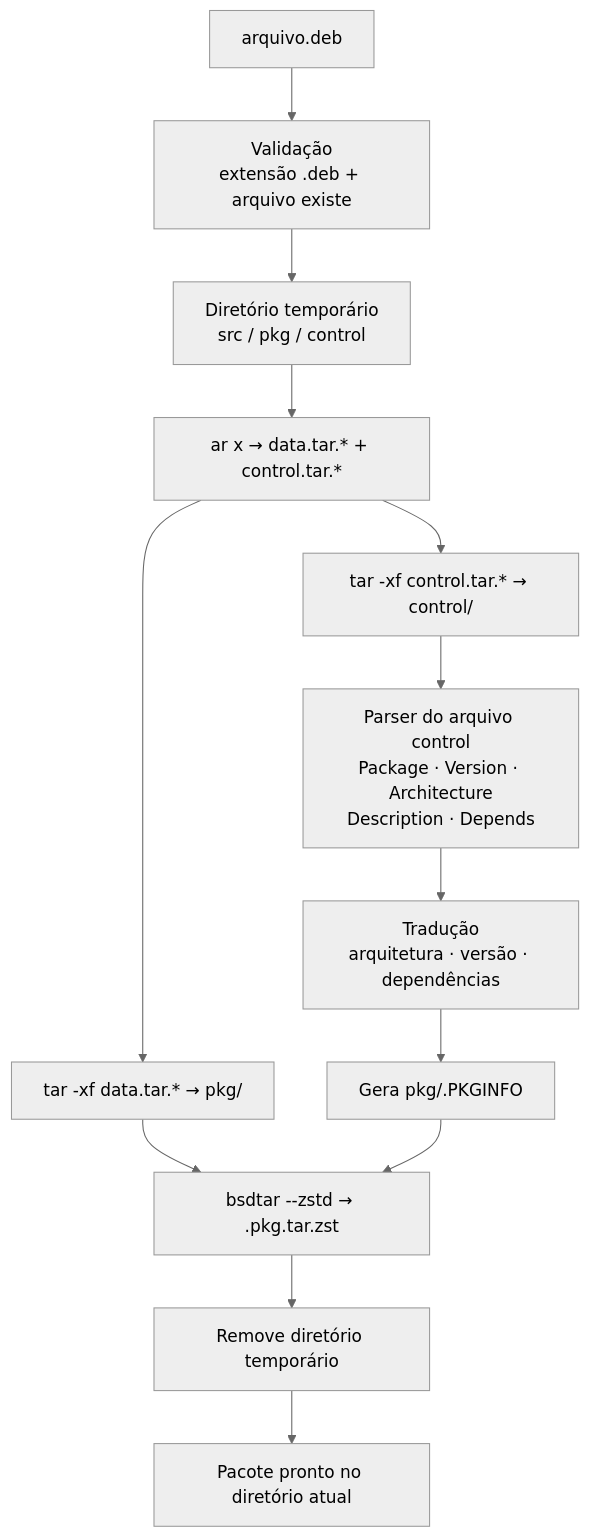
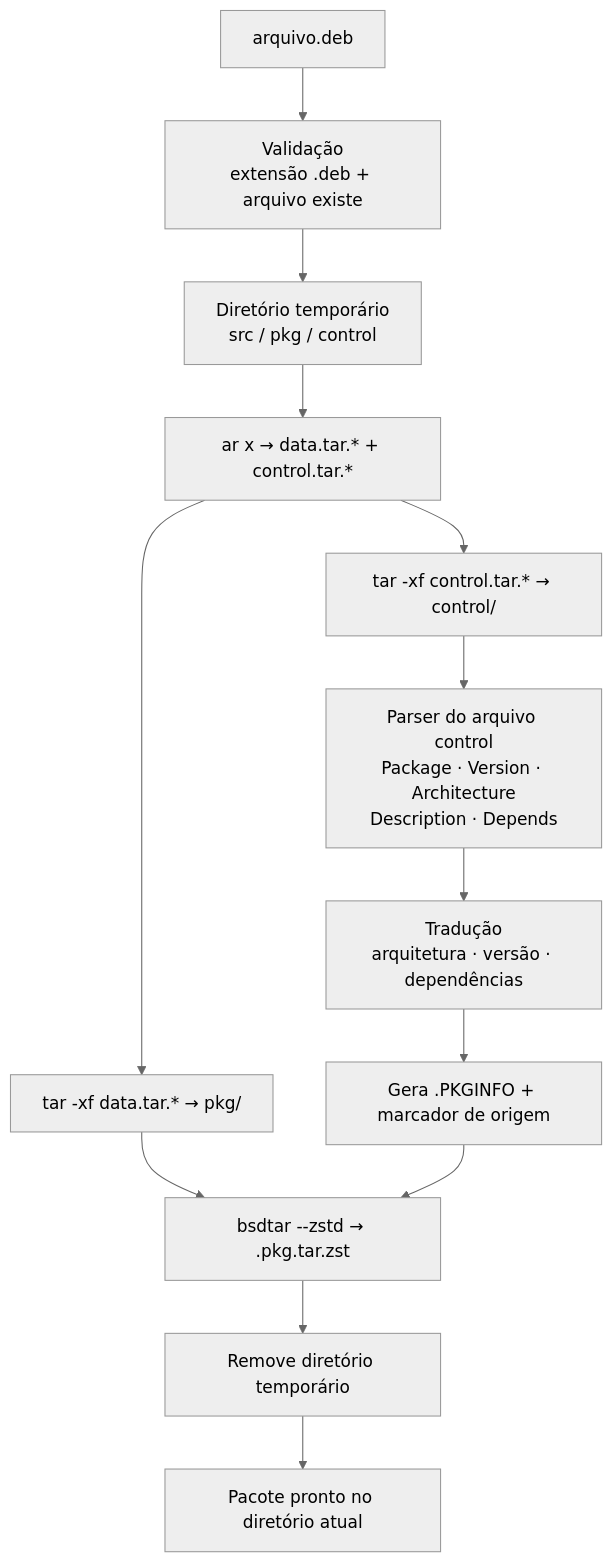
The diagram in README.md (Raph-Rodrigues/deb2pacman), drawn with Mermaid (neutral theme) before and after one commit. The commit also changed other lines of this file and 9 other files, not shown here.

````diff
--- a/README.md
+++ b/README.md
@@ -170,15 +242,15 @@
 ```mermaid
 flowchart TD
     A[arquivo.deb] --> B[Validação<br/>extensão .deb + arquivo existe]
     B --> C[Diretório temporário<br/>src / pkg / control]
     C --> D["ar x → data.tar.* + control.tar.*"]
     D --> E["tar -xf data.tar.* → pkg/"]
     D --> F["tar -xf control.tar.* → control/"]
     F --> G[Parser do arquivo control<br/>Package · Version · Architecture<br/>Description · Depends]
     G --> H[Tradução<br/>arquitetura · versão · dependências]
-    H --> I["Gera pkg/.PKGINFO"]
+    H --> I["Gera .PKGINFO + marcador de origem"]
     E --> J
     I --> J["bsdtar --zstd → .pkg.tar.zst"]
     J --> K[Remove diretório temporário]
     K --> L[Pacote pronto no diretório atual]
 ```
````
